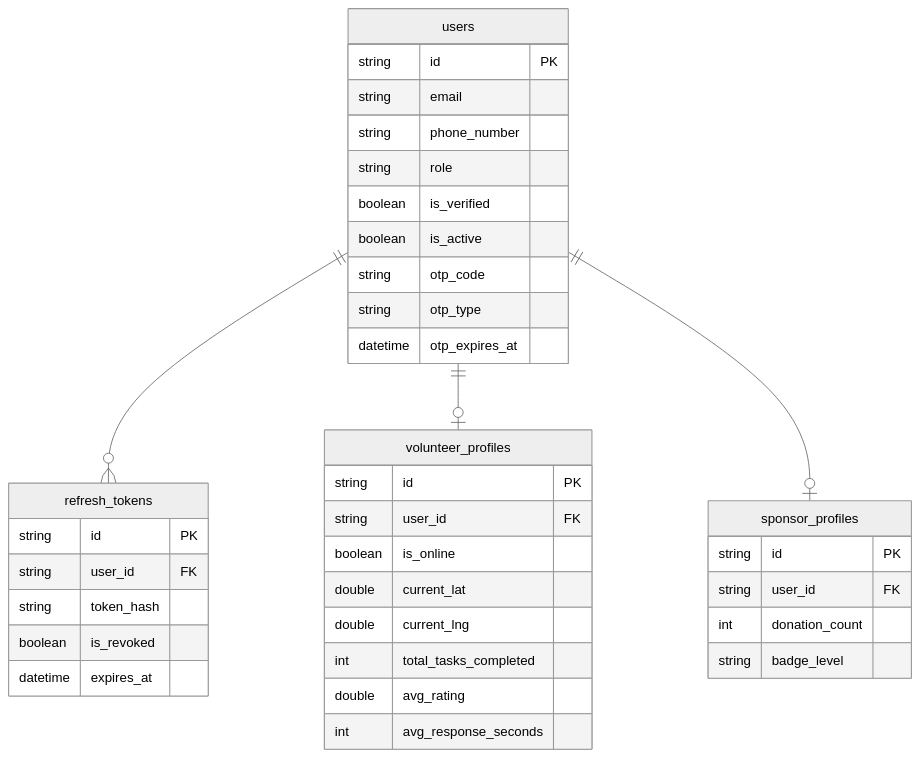
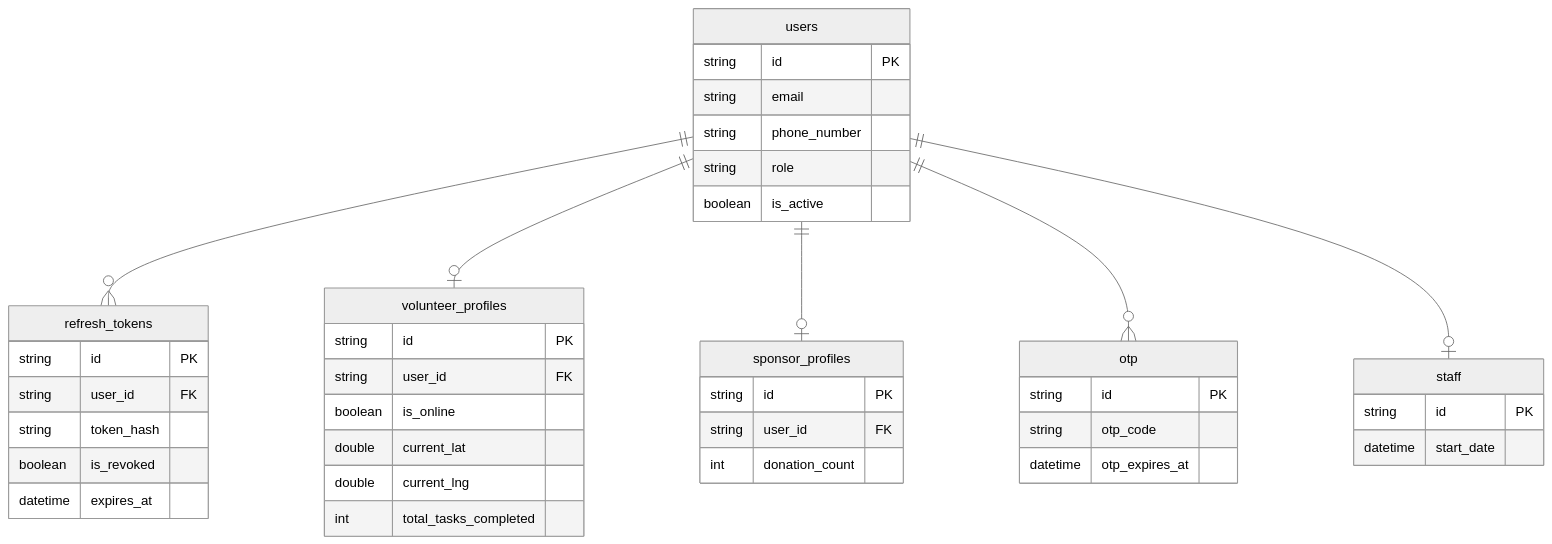
The second of 6 diagrams in docs/erd.md (phatnguyen975/AidBridge), drawn with Mermaid (neutral theme) before and after one commit. The commit also changed other lines of this file, not shown here.

Commit message:
chore: update erd

````diff
--- a/docs/erd.md
+++ b/docs/erd.md
@@ -350,41 +350,45 @@
 ```mermaid
 erDiagram
     users {
         string id PK
         string email
         string phone_number
         string role
-        boolean is_verified
         boolean is_active
-        string otp_code
-        string otp_type
-        datetime otp_expires_at
     }
     refresh_tokens {
         string id PK
         string user_id FK
         string token_hash
         boolean is_revoked
         datetime expires_at
     }
     volunteer_profiles {
         string id PK
         string user_id FK
         boolean is_online
         double current_lat
         double current_lng
         int total_tasks_completed
-        double avg_rating
-        int avg_response_seconds
     }
     sponsor_profiles {
         string id PK
         string user_id FK
         int donation_count
-        string badge_level
+    }
+    otp {
+        string id PK
+        string otp_code
+        datetime otp_expires_at
+    }
+    staff {
+        string id PK
+        datetime start_date
     }
 
     users ||--o{ refresh_tokens : ""
     users ||--o| volunteer_profiles : ""
     users ||--o| sponsor_profiles : ""
+    users ||--o{ otp : ""
+    users ||--o| staff : ""
 ```
````
